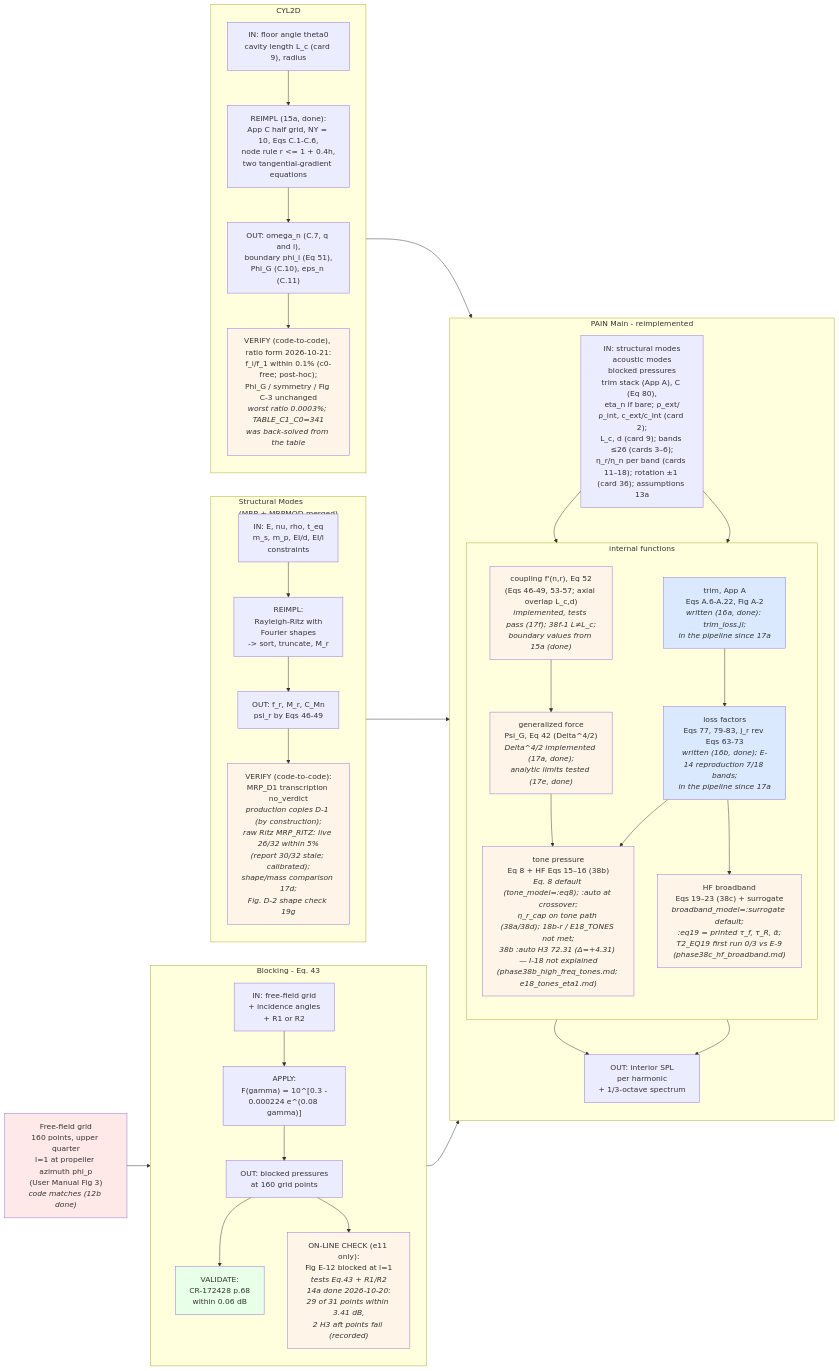
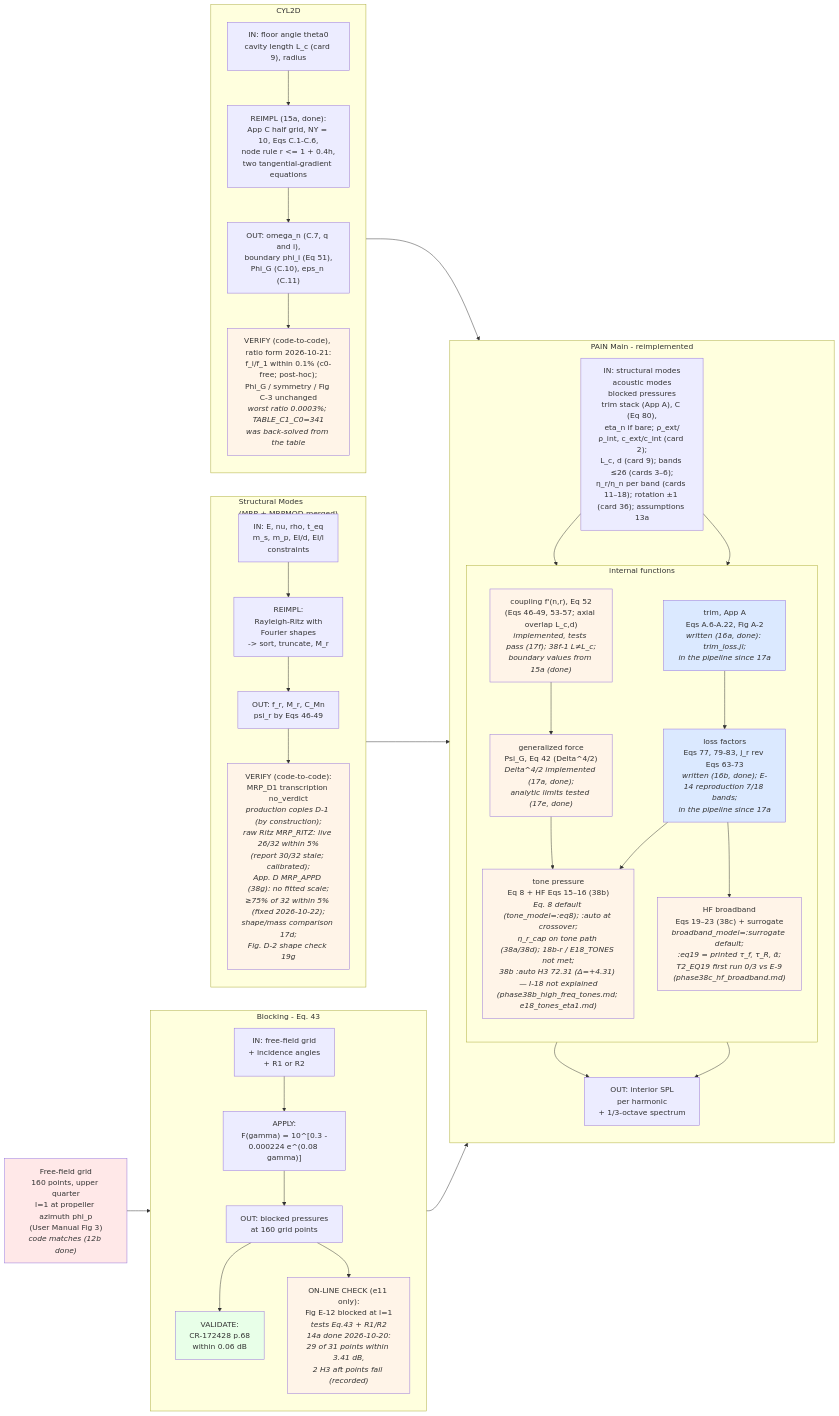
The fourth of 6 diagrams in rea-work/docs/flowchart.md (hoangf1/PAIN), drawn with Mermaid before and after one commit. The commit also changed other lines of this file and 11 other files, not shown here.

Commit message:
38g: printed App. D structural solver, MRP_APPD case (27/32 within 5 percent, met)

````diff
--- a/rea-work/docs/flowchart.md
+++ b/rea-work/docs/flowchart.md
@@ -154,70 +154,70 @@
 ```mermaid
 flowchart LR
     GRID["Free-field grid<br/>160 points, upper quarter<br/>l=1 at propeller azimuth phi_p<br/>(User Manual Fig 3)<br/><i>code matches (12b done)</i>"]
 
     subgraph BLK["Blocking - Eq. 43"]
         direction TB
         B_IN["IN: free-field grid<br/>+ incidence angles<br/>+ R1 or R2"]
         B_FUNC["APPLY:<br/>F(gamma) = 10^[0.3 -<br/>0.000224 e^(0.08 gamma)]"]
         B_OUT["OUT: blocked pressures<br/>at 160 grid points"]
         B_VAL["VALIDATE:<br/>CR-172428 p.68<br/>within 0.06 dB"]
         B_VAL2["ON-LINE CHECK (e11 only):<br/>Fig E-12 blocked at l=1<br/><i>tests Eq.43 + R1/R2<br/>14a done 2026-10-20:<br/>29 of 31 points within 3.41 dB,<br/>2 H3 aft points fail (recorded)</i>"]
         B_IN --> B_FUNC --> B_OUT --> B_VAL
         B_OUT --> B_VAL2
     end
 
     subgraph MRP["Structural Modes<br/>(MRP + MRPMOD merged)"]
         direction TB
         M_IN["IN: E, nu, rho, t_eq<br/>m_s, m_p, EI/d, EI/l<br/>constraints"]
         M_FUNC["REIMPL:<br/>Rayleigh-Ritz with<br/>Fourier shapes<br/>-> sort, truncate, M_r"]
         M_OUT["OUT: f_r, M_r, C_Mn<br/>psi_r by Eqs 46-49"]
-        M_VAL["VERIFY (code-to-code):<br/>MRP_D1 transcription no_verdict<br/><i>production copies D-1 (by construction);<br/>raw Ritz MRP_RITZ: live 26/32 within 5%<br/>(report 30/32 stale; calibrated);<br/>shape/mass comparison 17d;<br/>Fig. D-2 shape check 19g</i>"]
+        M_VAL["VERIFY (code-to-code):<br/>MRP_D1 transcription no_verdict<br/><i>production copies D-1 (by construction);<br/>raw Ritz MRP_RITZ: live 26/32 within 5%<br/>(report 30/32 stale; calibrated);<br/>App. D MRP_APPD (38g): no fitted scale;<br/>≥75% of 32 within 5% (fixed 2026-10-22);<br/>shape/mass comparison 17d;<br/>Fig. D-2 shape check 19g</i>"]
         M_IN --> M_FUNC --> M_OUT --> M_VAL
     end
 
     subgraph CYL["CYL2D"]
         direction TB
         C_IN["IN: floor angle theta0<br/>cavity length L_c (card 9), radius"]
         C_FUNC["REIMPL (15a, done):<br/>App C half grid, NY = 10, Eqs C.1-C.6,<br/>node rule r &lt;= 1 + 0.4h,<br/>two tangential-gradient equations"]
         C_OUT["OUT: omega_n (C.7, q and i),<br/>boundary phi_i (Eq 51),<br/>Phi_G (C.10), eps_n (C.11)"]
         C_VAL["VERIFY (code-to-code), ratio form 2026-10-21:<br/>f_i/f_1 within 0.1% (c0-free; post-hoc);<br/>Phi_G / symmetry / Fig C-3 unchanged<br/><i>worst ratio 0.0003%; TABLE_C1_C0=341<br/>was back-solved from the table</i>"]
         C_IN --> C_FUNC --> C_OUT --> C_VAL
     end
 
     subgraph PAIN["PAIN Main - reimplemented"]
         direction TB
         P_IN["IN: structural modes<br/>acoustic modes<br/>blocked pressures<br/>trim stack (App A), C (Eq 80),<br/>eta_n if bare; ρ_ext/ρ_int, c_ext/c_int (card 2);<br/>L_c, d (card 9); bands ≤26 (cards 3–6);<br/>η_r/η_n per band (cards 11–18); rotation ±1 (card 36); assumptions 13a"]
         subgraph FUNC["internal functions"]
             direction TB
             F2["coupling f'(n,r), Eq 52<br/>(Eqs 46-49, 53-57; axial overlap L_c,d)<br/><i>implemented, tests pass (17f); 38f-1 L≠L_c;<br/>boundary values from 15a (done)</i>"]
             F3["generalized force<br/>Psi_G, Eq 42 (Delta^4/2)<br/><i>Delta^4/2 implemented (17a, done);<br/>analytic limits tested (17e, done)</i>"]
             F4["trim, App A<br/>Eqs A.6-A.22, Fig A-2<br/><i>written (16a, done): trim_loss.jl;<br/>in the pipeline since 17a</i>"]
             F5["loss factors<br/>Eqs 77, 79-83, j_r rev Eqs 63-73<br/><i>written (16b, done); E-14 reproduction 7/18 bands;<br/>in the pipeline since 17a</i>"]
             F6["tone pressure<br/>Eq 8 + HF Eqs 15–16 (38b)<br/><i>Eq. 8 default (tone_model=:eq8); :auto at crossover;<br/>η_r_cap on tone path (38a/38d); 18b-r / E18_TONES not met;<br/>38b :auto H3 72.31 (Δ=+4.31) — I-18 not explained<br/>(phase38b_high_freq_tones.md; e18_tones_eta1.md)</i>"]
             F7["HF broadband<br/>Eqs 19–23 (38c) + surrogate<br/><i>broadband_model=:surrogate default;<br/>:eq19 = printed τ_f, τ_R, ᾱ;<br/>T2_EQ19 first run 0/3 vs E-9<br/>(phase38c_hf_broadband.md)</i>"]
         end
         P_OUT["OUT: interior SPL<br/>per harmonic<br/>+ 1/3-octave spectrum"]
         P_IN --> F2 --> F3 --> F6
         P_IN --> F4 --> F5 --> F6
         F5 --> F7
         F6 --> P_OUT
         F7 --> P_OUT
     end
 
     GRID --> B_IN
     B_VAL --> P_IN
     C_VAL --> P_IN
     M_VAL --> P_IN
 
     style F2 fill:#fff4e8
     style F3 fill:#fff4e8
     style F4 fill:#dbe9ff
     style F5 fill:#dbe9ff
     style F6 fill:#fff4e8
     style F7 fill:#fff4e8
     style B_VAL fill:#e8ffe8
     style B_VAL2 fill:#fff4e8
     style C_VAL fill:#fff4e8
     style M_VAL fill:#fff4e8
     style GRID fill:#ffe8e8
 ```
````
